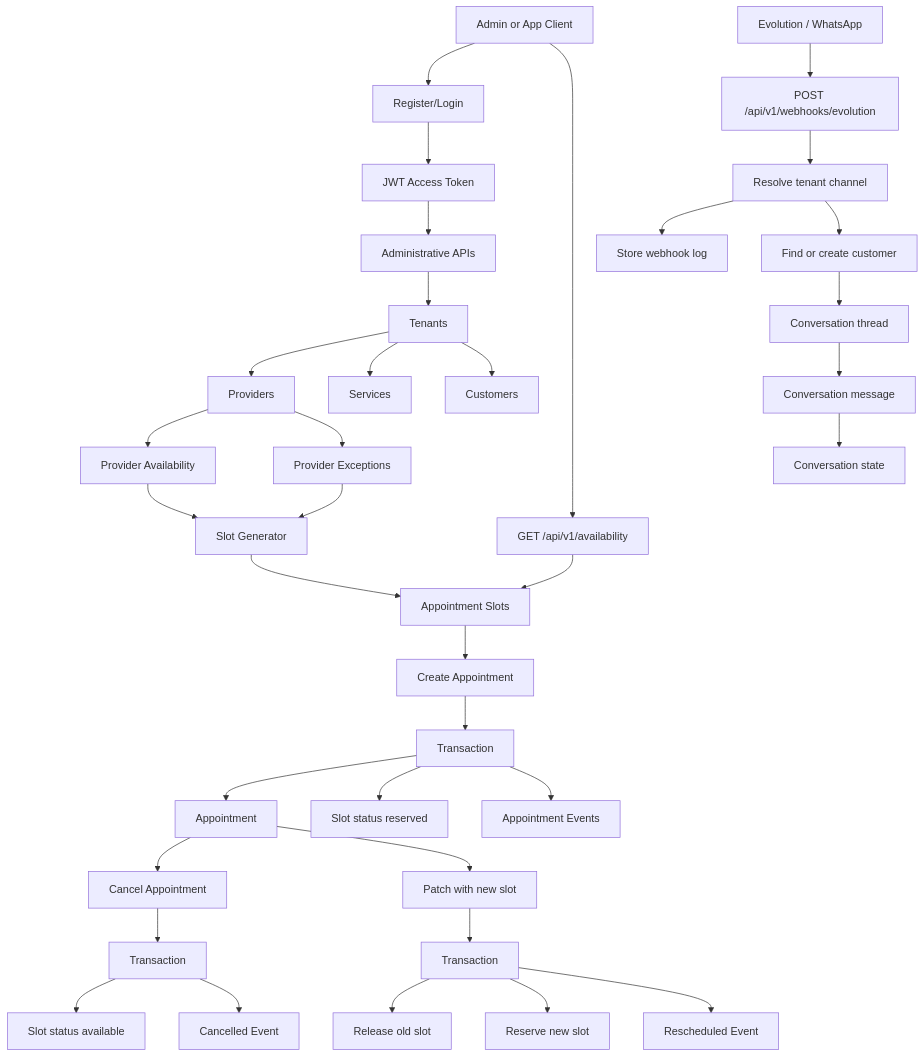
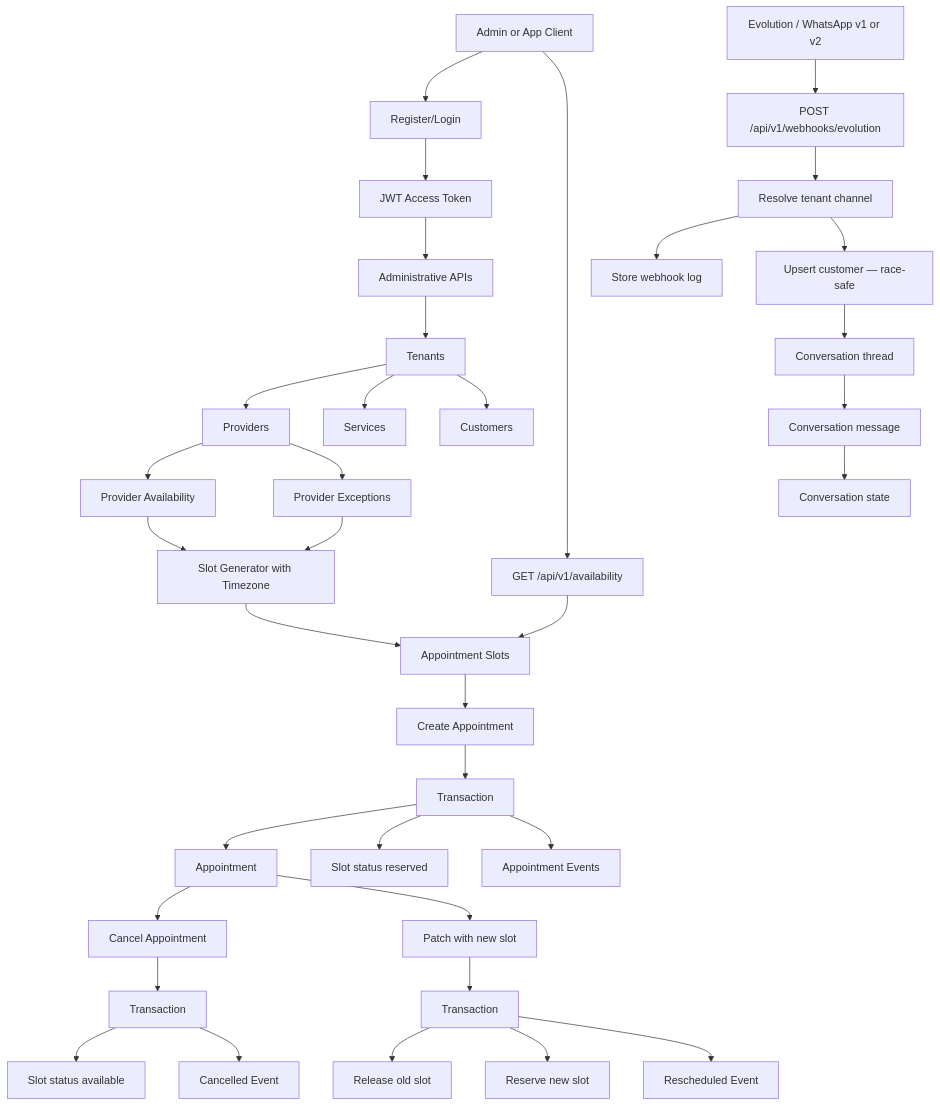
Before and after one commit to unknowncode44/appointments: the diagram in README.md, drawn with Mermaid. The commit also changed other lines of this file and 1 other file, not shown here.

````diff
--- a/README.md
+++ b/README.md
@@ -304,43 +342,43 @@
 ```mermaid
 flowchart TD
     Client[Admin or App Client] --> Auth[Register/Login]
     Auth --> JWT[JWT Access Token]
     JWT --> AdminAPI[Administrative APIs]
     AdminAPI --> Tenant[Tenants]
     Tenant --> Provider[Providers]
     Tenant --> Service[Services]
     Tenant --> Customer[Customers]
 
     Provider --> Availability[Provider Availability]
     Provider --> Exceptions[Provider Exceptions]
-    Availability --> SlotGenerator[Slot Generator]
+    Availability --> SlotGenerator[Slot Generator with Timezone]
     Exceptions --> SlotGenerator
     SlotGenerator --> Slots[Appointment Slots]
 
     Client --> AvailabilityQuery[GET /api/v1/availability]
     AvailabilityQuery --> Slots
     Slots --> Booking[Create Appointment]
     Booking --> TxBooking[Transaction]
     TxBooking --> Appointment[Appointment]
     TxBooking --> ReserveSlot[Slot status reserved]
     TxBooking --> AppointmentEvent[Appointment Events]
 
     Appointment --> Cancel[Cancel Appointment]
     Cancel --> TxCancel[Transaction]
     TxCancel --> ReleaseSlot[Slot status available]
     TxCancel --> CancelEvent[Cancelled Event]
 
     Appointment --> Reschedule[Patch with new slot]
     Reschedule --> TxReschedule[Transaction]
     TxReschedule --> ReleaseOld[Release old slot]
     TxReschedule --> ReserveNew[Reserve new slot]
     TxReschedule --> RescheduleEvent[Rescheduled Event]
 
-    WhatsApp[Evolution / WhatsApp] --> Webhook[POST /api/v1/webhooks/evolution]
+    WhatsApp[Evolution / WhatsApp v1 or v2] --> Webhook[POST /api/v1/webhooks/evolution]
     Webhook --> TenantChannel[Resolve tenant channel]
     TenantChannel --> WebhookLog[Store webhook log]
-    TenantChannel --> AutoCustomer[Find or create customer]
-    AutoCustomer --> Thread[Conversation thread]
+    TenantChannel --> UpsertCustomer[Upsert customer — race-safe]
+    UpsertCustomer --> Thread[Conversation thread]
     Thread --> Message[Conversation message]
     Message --> State[Conversation state]
 ```
````
